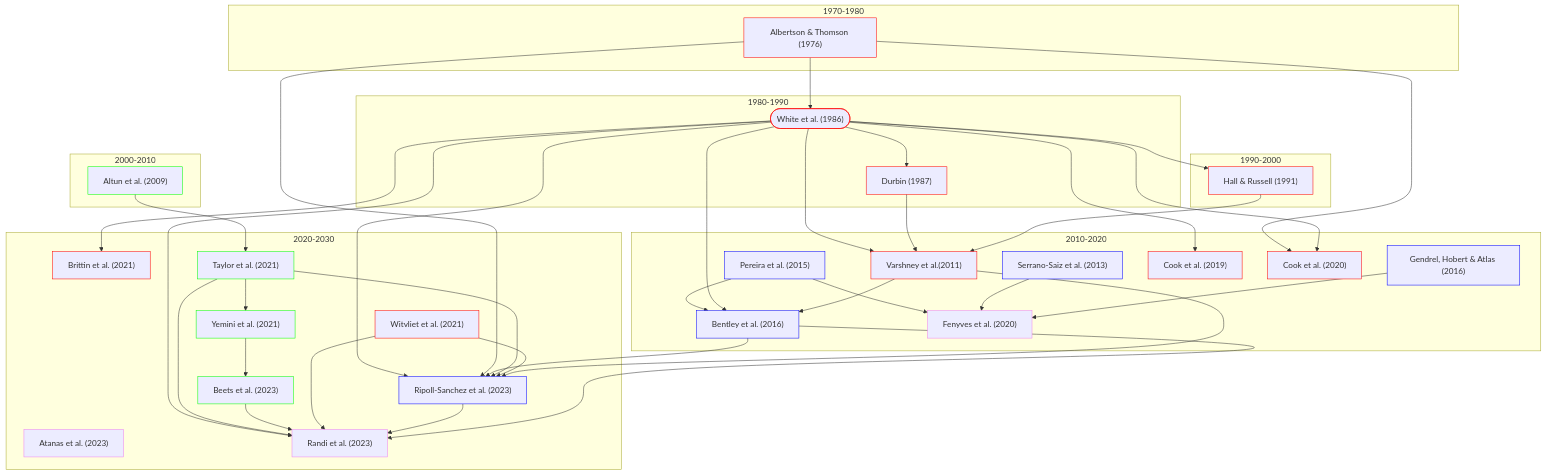
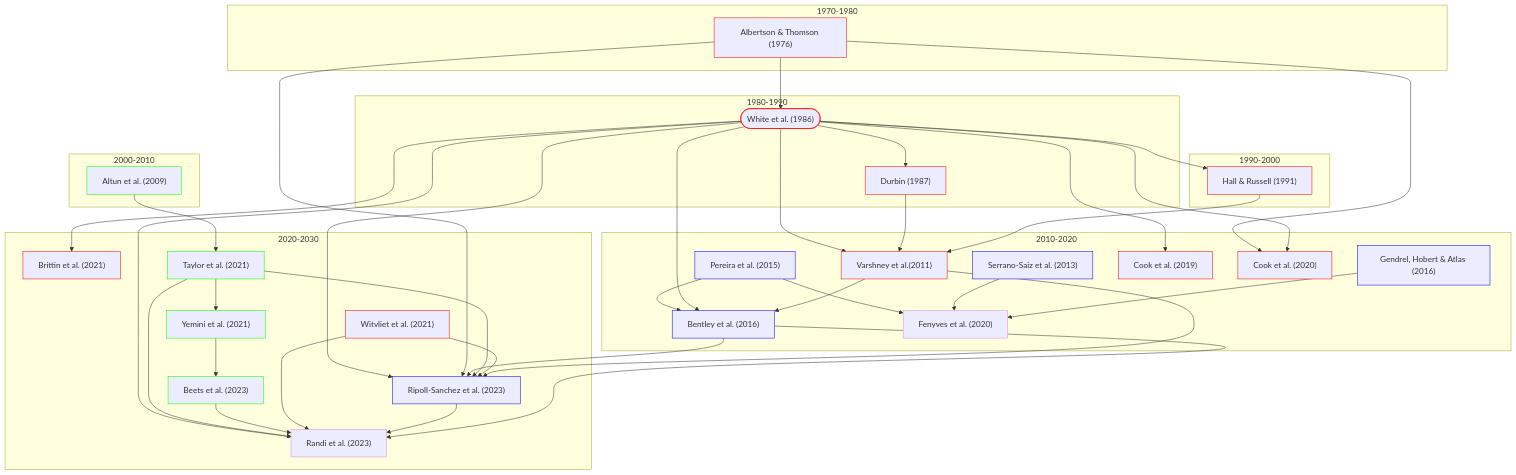
One commit to yasinthanvickneswaran/mermaidtest changed the diagram in README.md. Above: the diagram before and after it, drawn with Mermaid.

````diff
--- a/README.md
+++ b/README.md
@@ -1,66 +1,65 @@
 ```mermaid
 flowchart TD
     classDef anat stroke:#f00
     classDef gene stroke:#0f0
     classDef es stroke:#00f
     classDef func stroke:#ee82ee
 
     subgraph 1970-1980
     A1
     end
     subgraph 1980-1990
     A & B
     end
     subgraph 1990-2000
     A2
     end
     subgraph 2000-2010
     C
     end
     subgraph 2010-2020
     D & E & E1 & E2 & F & G & H & I
     end
     subgraph 2020-2030
-    J & K & L & M & N & O & P & NP
+    J & K & L & M & N & P & NP
     end     
 
 
     E --> H["Fenyves et al. (2020)"]:::func
     E1["Serrano-Saiz et al. (2013)"]:::es --> H
     E2["Gendrel, Hobert & Atlas (2016)"]:::es --> H
-    O["Atanas et al. (2023)"]:::func
     K["Witvliet et al. (2021)"]:::anat
     E["Pereira et al. (2015)"]:::es --> F["Bentley et al. (2016)"]:::es
 
     C["Altun et al. (2009)"]:::gene --> L["Taylor et al. (2021)"]:::gene
     L --> M["Yemini et al. (2021)"]:::gene
     M --> N["Beets et al. (2023)"]:::gene
 
     A(["White et al. (1986)"]):::anat --> B["Durbin (1987)"]:::anat
     A1["Albertson & Thomson (1976)"]:::anat --> A
     A1 --> I
     A  --> A2["Hall & Russell (1991)"]:::anat
     A --> D["Varshney et al.(2011)"]:::anat
     B --> D
     A2 --> D
     A --> G["Cook et al. (2019)"]:::anat
     A --> I["Cook et al. (2020)"]:::anat
     A --> J["Brittin et al. (2021)"]:::anat
     A --> F
     D --> F
     A --> NP["Ripoll-Sanchez et al. (2023)"]:::es
     A1 --> NP
     F --> NP
     L --> NP
     K --> NP
     D --> NP
     A --> P["Randi et al. (2023)"]:::func
     L --> P
     N --> P
     K --> P
     NP --> P
     F --> P
 
     
     
 ```
````
